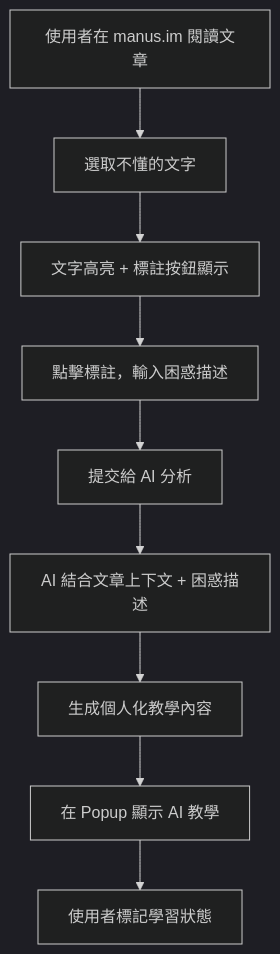
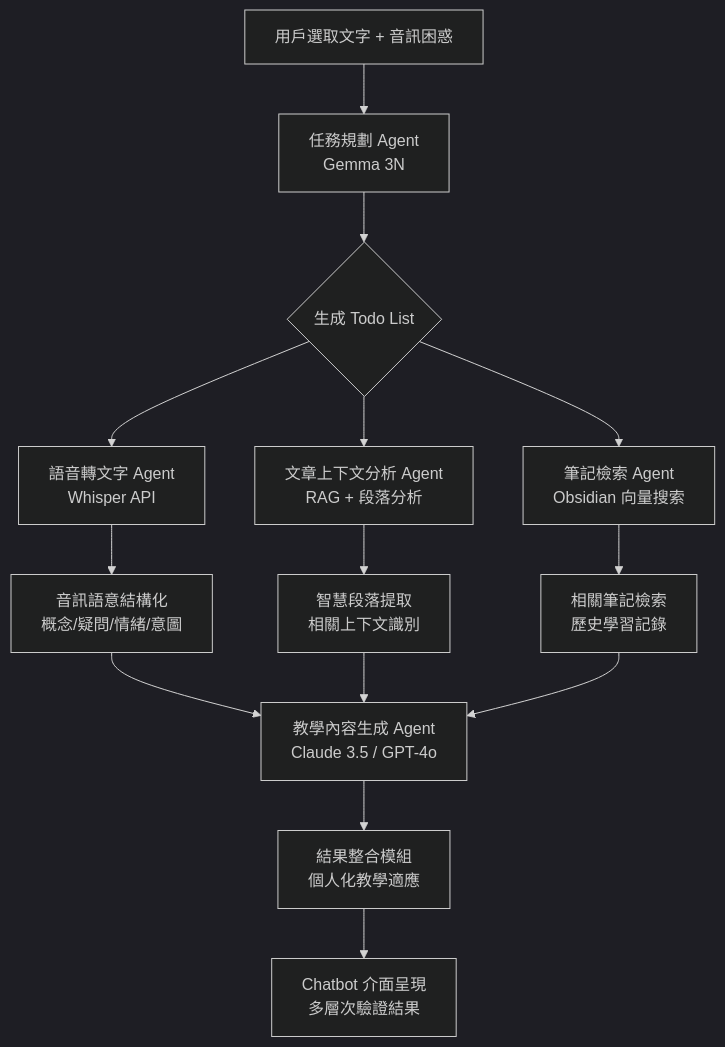
Before and after one commit to sheep52031/nodepilot.ai: the second of 3 diagrams in spec_docs/design.md, drawn with Mermaid (dark theme). The commit also changed other lines of this file and 13 other files, not shown here.

````diff
--- a/spec_docs/design.md
+++ b/spec_docs/design.md
@@ -56,11 +79,27 @@
 ```mermaid
 graph TD
-  A[使用者在 manus.im 閱讀文章] --> B[選取不懂的文字]
-  B --> C[文字高亮 + 標註按鈕顯示]
-  C --> D[點擊標註，輸入困惑描述]
-  D --> E[提交給 AI 分析]
-  E --> F[AI 結合文章上下文 + 困惑描述]
-  F --> G[生成個人化教學內容]
-  G --> H[在 Popup 顯示 AI 教學]
-  H --> I[使用者標記學習狀態]
+  A[用戶選取文字 + 音訊困惑] --> B[任務規劃 Agent<br/>Gemma 3N]
+  B --> C{生成 Todo List}
+  
+  %% Parallel Execution
+  C --> D[語音轉文字 Agent<br/>Whisper API]
+  C --> E[文章上下文分析 Agent<br/>RAG + 段落分析]
+  C --> F[筆記檢索 Agent<br/>Obsidian 向量搜索]
+  
+  %% Audio Processing
+  D --> G[音訊語意結構化<br/>概念/疑問/情緒/意圖]
+  
+  %% Context Analysis
+  E --> H[智慧段落提取<br/>相關上下文識別]
+  
+  %% Knowledge Retrieval
+  F --> I[相關筆記檢索<br/>歷史學習記錄]
+  
+  %% Integration
+  G --> J[教學內容生成 Agent<br/>Claude 3.5 / GPT-4o]
+  H --> J
+  I --> J
+  
+  J --> K[結果整合模組<br/>個人化教學適應]
+  K --> L[Chatbot 介面呈現<br/>多層次驗證結果]
 ```
````
